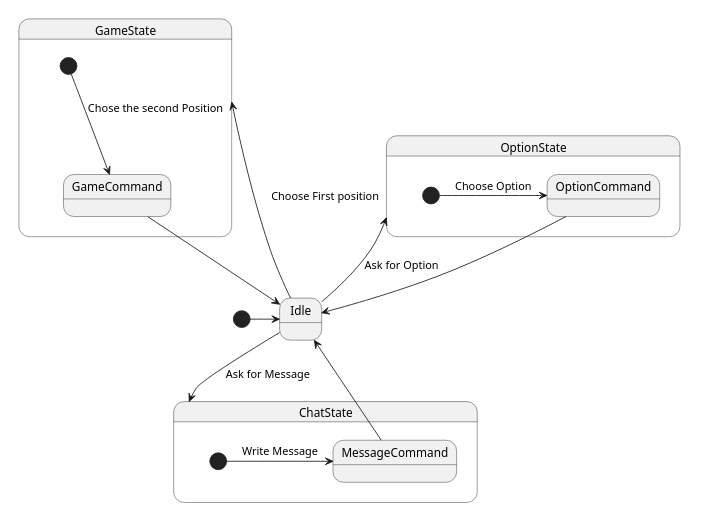
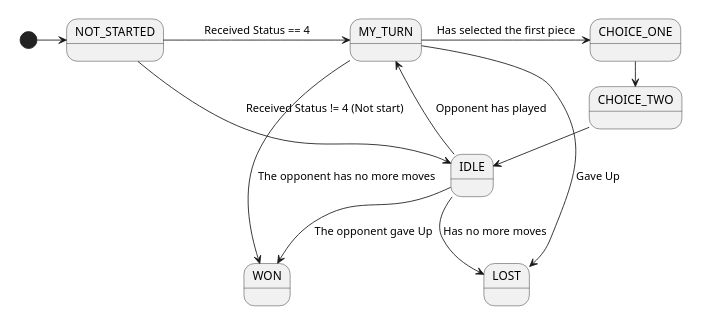
Before and after one commit to Beloin/PPDOneLeftGame-RMI: the diagram in resources/GameStateMachine.puml, drawn with PlantUML. The commit also changed 13 other files, not shown here.

```diff
--- a/resources/GameStateMachine.puml
+++ b/resources/GameStateMachine.puml
@@ -1,31 +1,27 @@
 @startuml
 'https://plantuml.com/state-diagram
 
 scale 350 width
 
-[*] -> Idle
+[*] -> NOT_STARTED
 
-Idle --> GameState : Choose First position
+NOT_STARTED --> IDLE : Received Status != 4 (Not start)
 
-state GameState {
-    [*] --> GameCommand : Chose the second Position
+NOT_STARTED -> MY_TURN : Received Status == 4
 
-    GameCommand --> Idle
-}
+IDLE --> MY_TURN : Opponent has played
 
-Idle --> ChatState : Ask for Message
-state ChatState {
-    [*] -> MessageCommand : Write Message
+MY_TURN -> CHOICE_ONE : Has selected the first piece
 
-    MessageCommand --> Idle
-}
+CHOICE_ONE -> CHOICE_TWO : Has selected the second piece
 
-Idle --> OptionState : Ask for Option
-state OptionState {
-    [*] -> OptionCommand : Choose Option
-
-    OptionCommand --> Idle
-}
+CHOICE_TWO -> IDLE : Sent the game command to opponent
 
 
+IDLE --> WON : The opponent gave Up
+IDLE --> LOST : Has no more moves
+
+MY_TURN --> WON : The opponent has no more moves
+MY_TURN --> LOST : Gave Up
+
 @enduml
```
